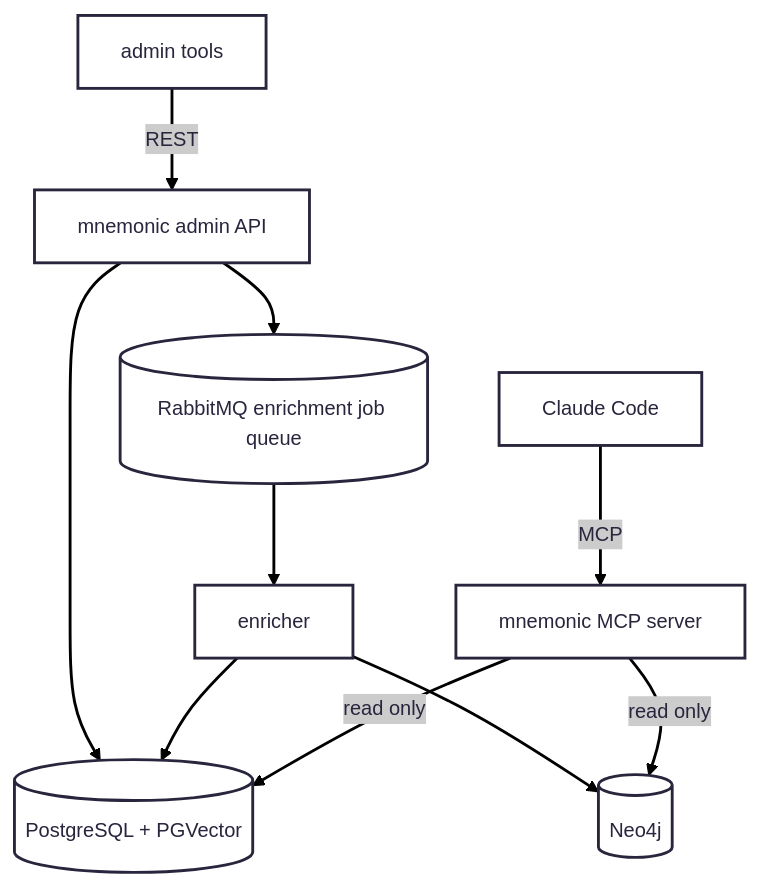
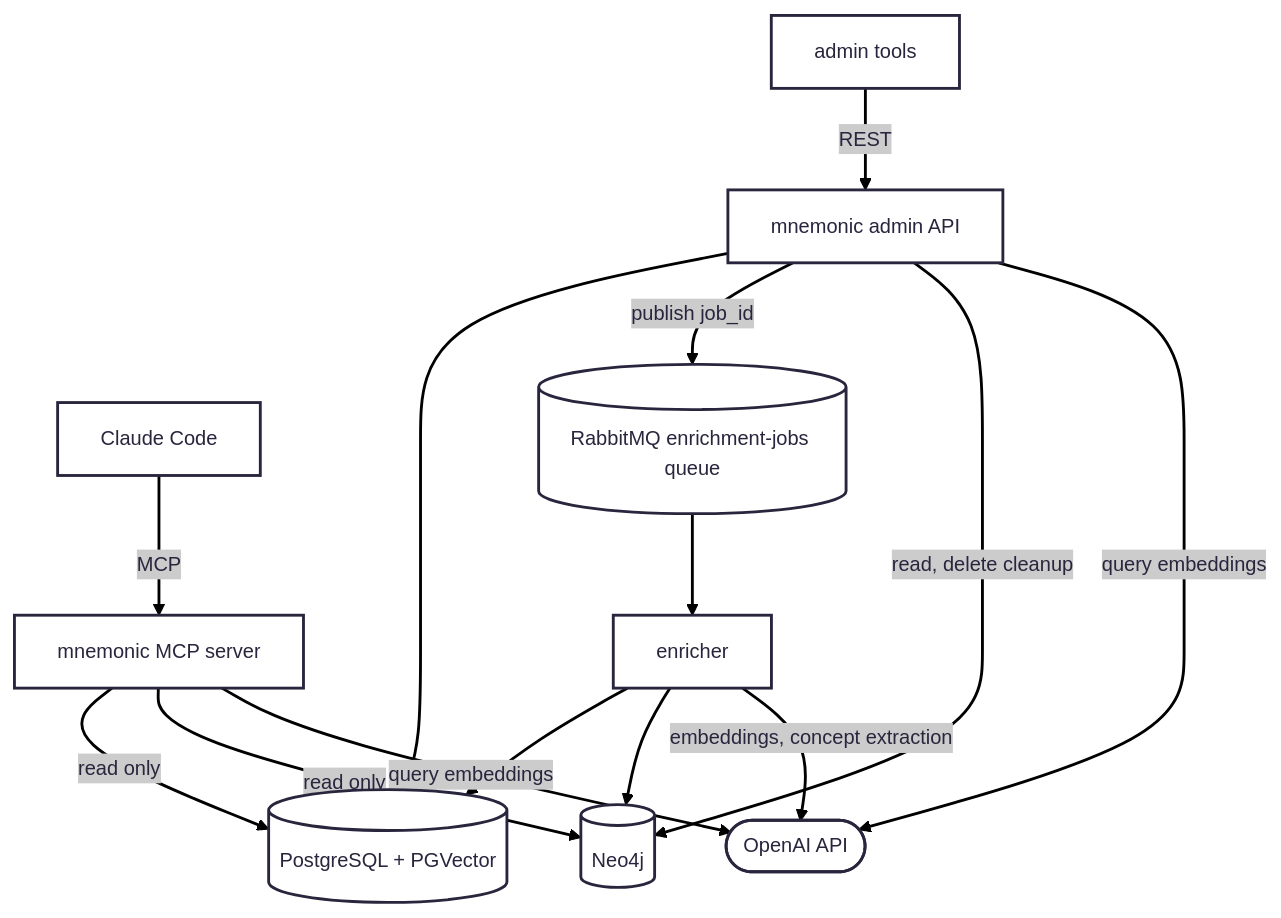
Before and after one commit to twistingmercury/mnemonic-docs: the diagram in docs/diagrams/02-concept-local-iteration.md, drawn with Mermaid. The commit also changed other lines of this file and 41 other files, not shown here.

````diff
--- a/docs/diagrams/02-concept-local-iteration.md
+++ b/docs/diagrams/02-concept-local-iteration.md
@@ -11,20 +11,25 @@
 ```mermaid
 ---
 config:
   theme: redux
   layout: dagre
 ---
 flowchart TB
   claude["Claude Code"] -->|MCP| mcp_server["mnemonic MCP server"]
 
   admin["admin tools"] -->|REST| admin_api["mnemonic admin API"]
 
   admin_api --> pg[("PostgreSQL + PGVector")]
-  admin_api --> queue[("RabbitMQ enrichment job queue")]
+  admin_api -->|publish job_id| queue[("RabbitMQ enrichment-jobs queue")]
   queue --> enricher["enricher"]
   enricher --> pg
   enricher --> neo4j[("Neo4j")]
+  admin_api -->|read, delete cleanup| neo4j
 
   mcp_server -->|read only| pg
   mcp_server -->|read only| neo4j
+
+  openai(["OpenAI API"])
+  admin_api & mcp_server -->|query embeddings| openai
+  enricher -->|embeddings, concept extraction| openai
 ```
````
